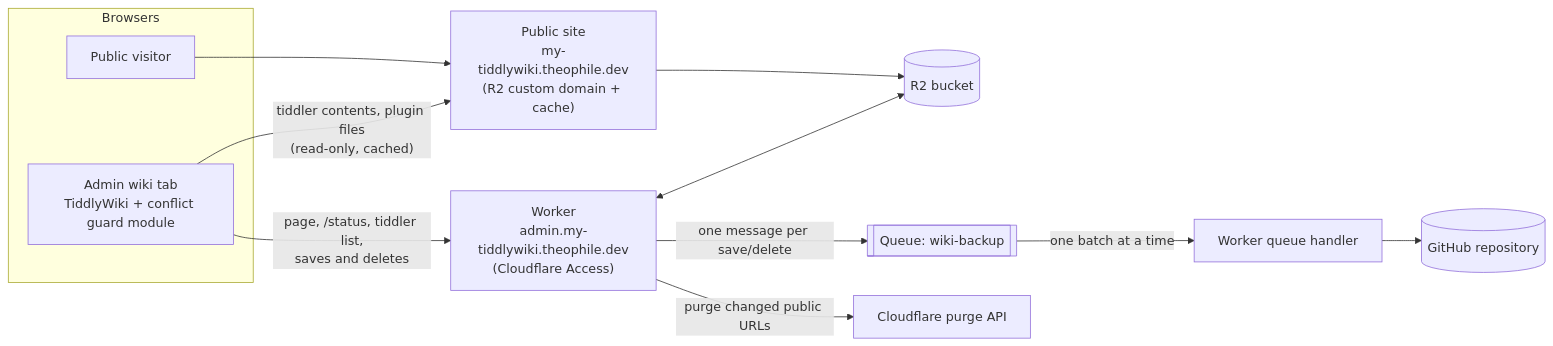
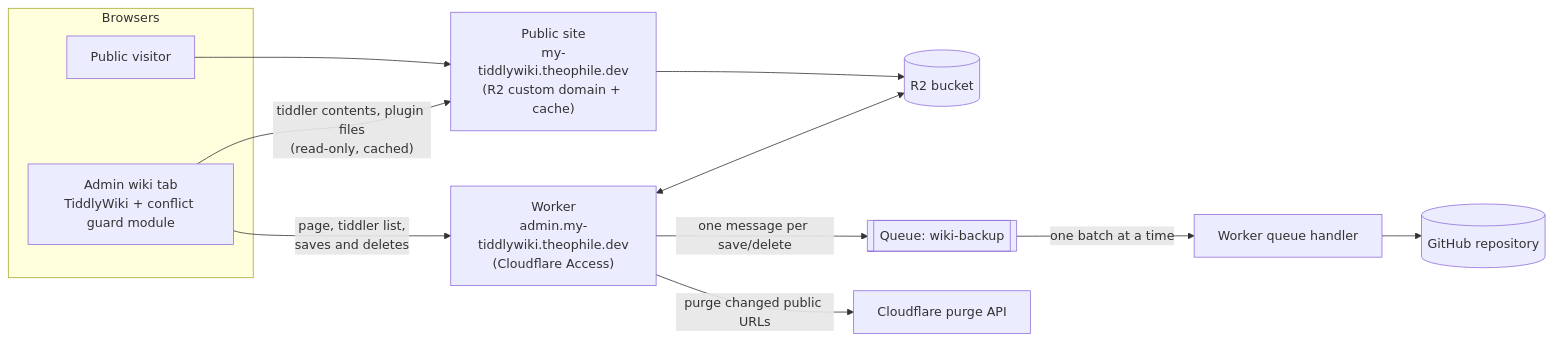
Before and after one commit to DesignThinkerer/tiddlywiki-cloudflare: the first of 4 diagrams in README.md, drawn with Mermaid. The commit also changed other lines of this file and 8 other files, not shown here.

````diff
--- a/README.md
+++ b/README.md
@@ -37,16 +37,16 @@
 ```mermaid
 flowchart LR
   subgraph Browsers
     T["Admin wiki tab<br/>TiddlyWiki + conflict guard module"]
     V["Public visitor"]
   end
-  T -- "page, /status, tiddler list,<br/>saves and deletes" --> W["Worker<br/>admin.my-tiddlywiki.theophile.dev<br/>(Cloudflare Access)"]
+  T -- "page, tiddler list,<br/>saves and deletes" --> W["Worker<br/>admin.my-tiddlywiki.theophile.dev<br/>(Cloudflare Access)"]
   T -- "tiddler contents, plugin files<br/>(read-only, cached)" --> P["Public site<br/>my-tiddlywiki.theophile.dev<br/>(R2 custom domain + cache)"]
   V --> P
   W <--> R2[("R2 bucket")]
   P --> R2
   W -- "one message per save/delete" --> Q[["Queue: wiki-backup"]]
   Q -- "one batch at a time" --> C["Worker queue handler"]
   C --> GH[("GitHub repository")]
   W -- "purge changed public URLs" --> API["Cloudflare purge API"]
 ```
````
